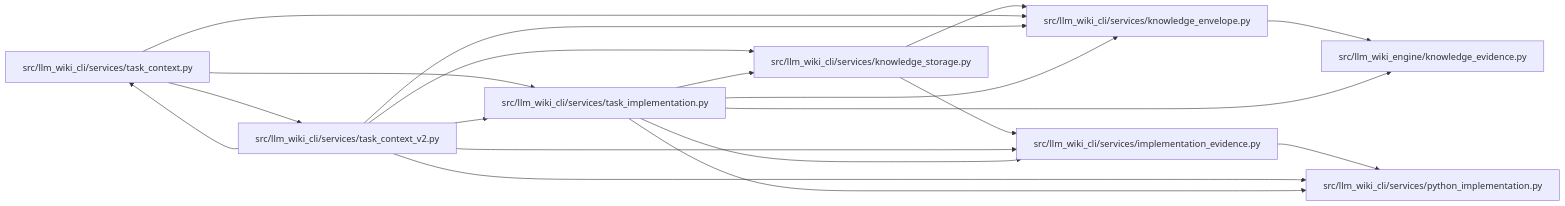
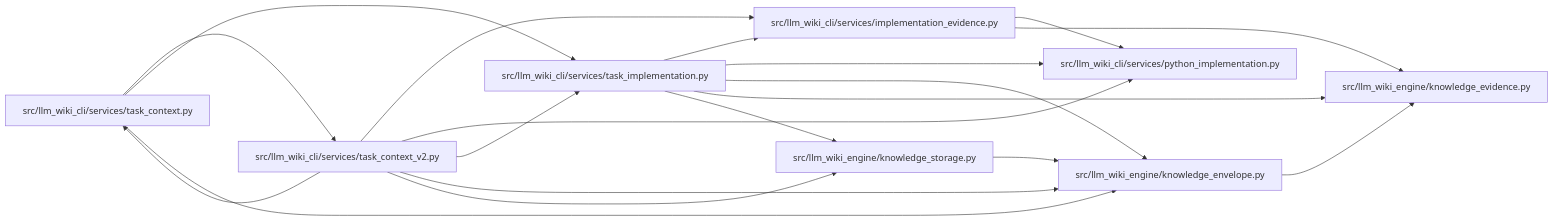
One commit to Denissvgn/python-wiki-llm changed the diagram in docs/llm_wiki/modules/task_implementation.md. Above: the diagram before and after it, drawn with Mermaid. The commit also changed other lines of this file and 1058 other files, not shown here.

First line of the commit message:
docs: refresh the wiki for the knowledge store move

````diff
--- a/docs/llm_wiki/modules/task_implementation.md
+++ b/docs/llm_wiki/modules/task_implementation.md
@@ -24,37 +24,37 @@
 ```mermaid
 flowchart LR
     n0["src/llm_wiki_cli/services/implementation_evidence.py"]
-    n1["src/llm_wiki_cli/services/knowledge_envelope.py"]
-    n2["src/llm_wiki_cli/services/knowledge_storage.py"]
-    n3["src/llm_wiki_cli/services/python_implementation.py"]
-    n4["src/llm_wiki_cli/services/task_context.py"]
-    n5["src/llm_wiki_cli/services/task_context_v2.py"]
-    n6["src/llm_wiki_cli/services/task_implementation.py"]
-    n7["src/llm_wiki_engine/knowledge_evidence.py"]
-    n0 --> n3
-    n1 --> n7
-    n2 --> n0
-    n2 --> n1
+    n1["src/llm_wiki_cli/services/python_implementation.py"]
+    n2["src/llm_wiki_cli/services/task_context.py"]
+    n3["src/llm_wiki_cli/services/task_context_v2.py"]
+    n4["src/llm_wiki_cli/services/task_implementation.py"]
+    n5["src/llm_wiki_engine/knowledge_envelope.py"]
+    n6["src/llm_wiki_engine/knowledge_evidence.py"]
+    n7["src/llm_wiki_engine/knowledge_storage.py"]
+    n0 --> n1
+    n0 --> n6
+    n2 --> n3
+    n2 --> n4
+    n2 --> n5
+    n3 --> n0
+    n3 --> n1
+    n3 --> n2
+    n3 --> n4
+    n3 --> n5
+    n3 --> n7
+    n4 --> n0
     n4 --> n1
     n4 --> n5
     n4 --> n6
-    n5 --> n0
-    n5 --> n1
-    n5 --> n2
-    n5 --> n3
-    n5 --> n4
+    n4 --> n7
     n5 --> n6
-    n6 --> n0
-    n6 --> n1
-    n6 --> n2
-    n6 --> n3
-    n6 --> n7
+    n7 --> n5
     click n0 "../modules/implementation_evidence.md"
-    click n1 "../modules/knowledge_envelope.md"
-    click n2 "../modules/knowledge_storage.md"
-    click n3 "../modules/python_implementation.md"
-    click n4 "../modules/task_context.md"
-    click n5 "../modules/task_context_v2.md"
-    click n6 "../modules/task_implementation.md"
-    click n7 "../modules/knowledge_evidence.md"
+    click n1 "../modules/python_implementation.md"
+    click n2 "../modules/task_context.md"
+    click n3 "../modules/task_context_v2.md"
+    click n4 "../modules/task_implementation.md"
+    click n5 "../modules/knowledge_envelope.md"
+    click n6 "../modules/knowledge_evidence.md"
+    click n7 "../modules/knowledge_storage.md"
 ```
````
